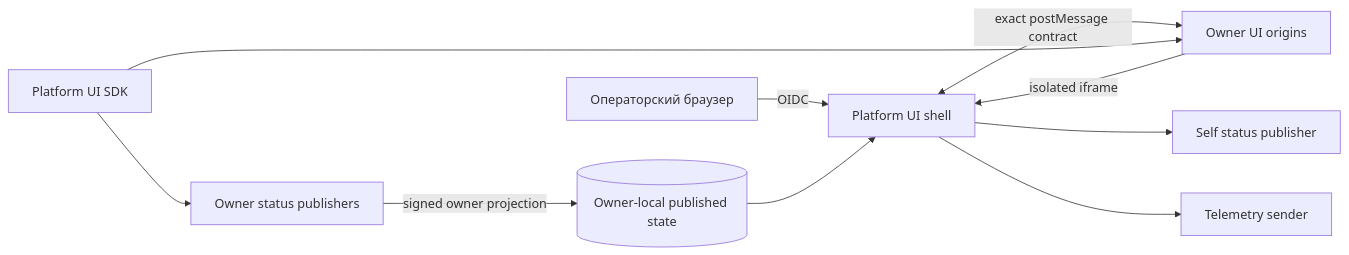
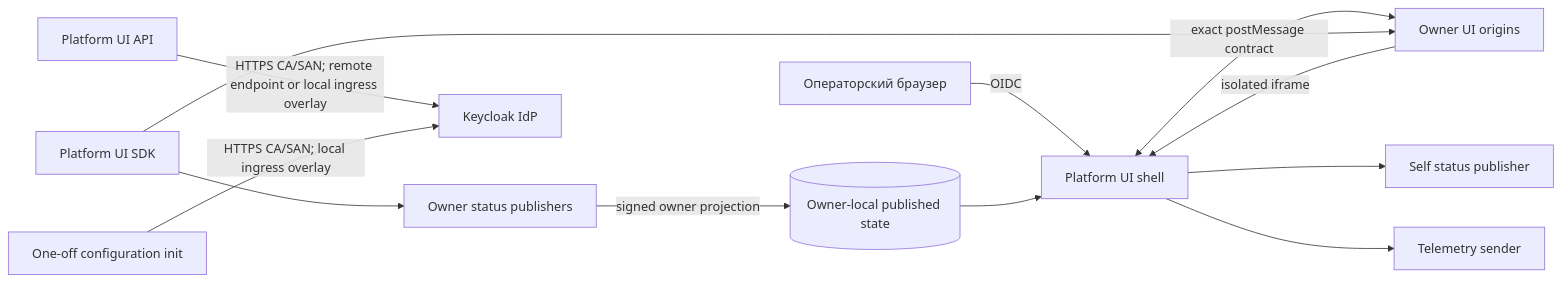
Before and after one commit to sapogov1978/AELEV-platform-infrastructure: the diagram in platform-ui/architecture.mmd, drawn with Mermaid. The commit also changed 20 other files, not shown here.

Commit message:
fix: route co-located UI to Keycloak ingress

```diff
--- a/platform-ui/architecture.mmd
+++ b/platform-ui/architecture.mmd
@@ -1,10 +1,12 @@
 flowchart LR
     Operator["Операторский браузер"] -->|OIDC| Shell["Platform UI shell"]
     Publishers["Owner status publishers"] -->|signed owner projection| Registry[("Owner-local published state")]
     Registry --> Shell
     Owners["Owner UI origins"] -->|isolated iframe| Shell
     Shell <-->|exact postMessage contract| Owners
     SDK["Platform UI SDK"] --> Publishers
     SDK --> Owners
     Shell --> Status["Self status publisher"]
     Shell --> Telemetry["Telemetry sender"]
+    API["Platform UI API"] -->|"HTTPS CA/SAN; remote endpoint or local ingress overlay"| IdP["Keycloak IdP"]
+    Provision["One-off configuration init"] -->|"HTTPS CA/SAN; local ingress overlay"| IdP
```
